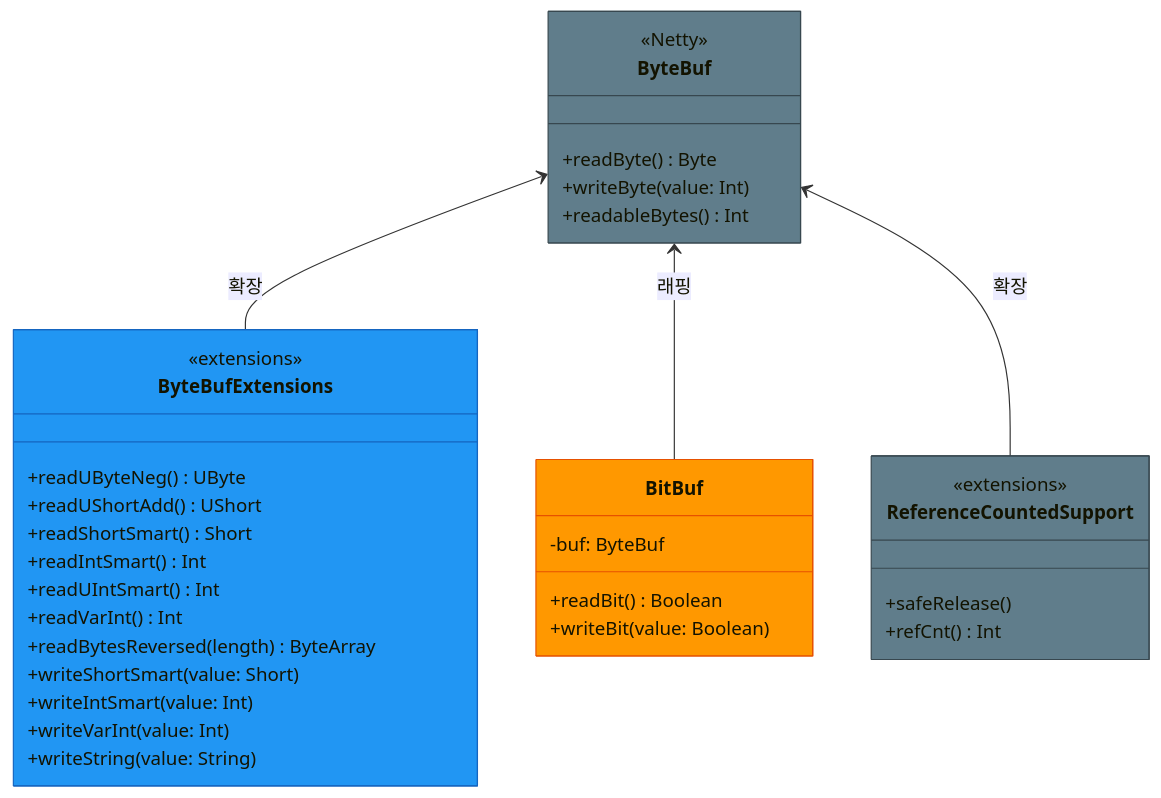
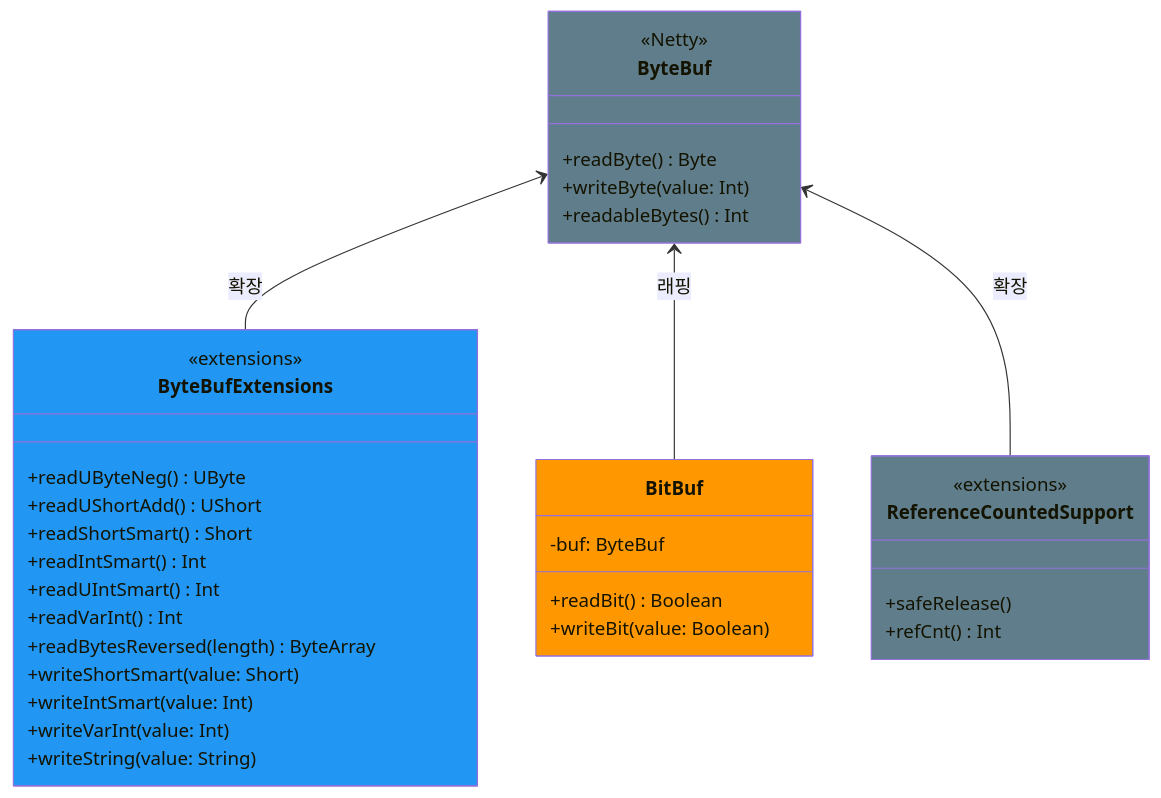
The first of 3 diagrams in io/netty/README.md (bluetape4k/bluetape4k-projects), drawn with Mermaid before and after one commit. The commit also changed 94 other files, not shown here.

First line of the commit message:
docs: Mermaid classDef에서 stroke:#색상 제거 (파서 오류 수정)

````diff
--- a/io/netty/README.md
+++ b/io/netty/README.md
@@ -191,44 +191,44 @@
 ```mermaid
 classDiagram
     class ByteBuf:::infraStyle {
         <<Netty>>
         +readByte() Byte
         +writeByte(value: Int)
         +readableBytes() Int
     }
 
     class ByteBufExtensions:::clientStyle {
         <<extensions>>
         +readUByteNeg() UByte
         +readUShortAdd() UShort
         +readShortSmart() Short
         +readIntSmart() Int
         +readUIntSmart() Int
         +readVarInt() Int
         +readBytesReversed(length) ByteArray
         +writeShortSmart(value: Short)
         +writeIntSmart(value: Int)
         +writeVarInt(value: Int)
         +writeString(value: String)
     }
 
     class BitBuf:::codecStyle {
         -buf: ByteBuf
         +readBit() Boolean
         +writeBit(value: Boolean)
     }
 
     class ReferenceCountedSupport:::infraStyle {
         <<extensions>>
         +safeRelease()
         +refCnt() Int
     }
 
     ByteBuf <-- ByteBufExtensions : 확장
     ByteBuf <-- BitBuf : 래핑
     ByteBuf <-- ReferenceCountedSupport : 확장
 
-    classDef clientStyle fill:#2196F3,stroke:#1565C0
-    classDef infraStyle  fill:#607D8B,stroke:#37474F
-    classDef codecStyle  fill:#FF9800,stroke:#E65100
+    classDef clientStyle fill:#2196F3
+    classDef infraStyle  fill:#607D8B
+    classDef codecStyle  fill:#FF9800
 ```
````
